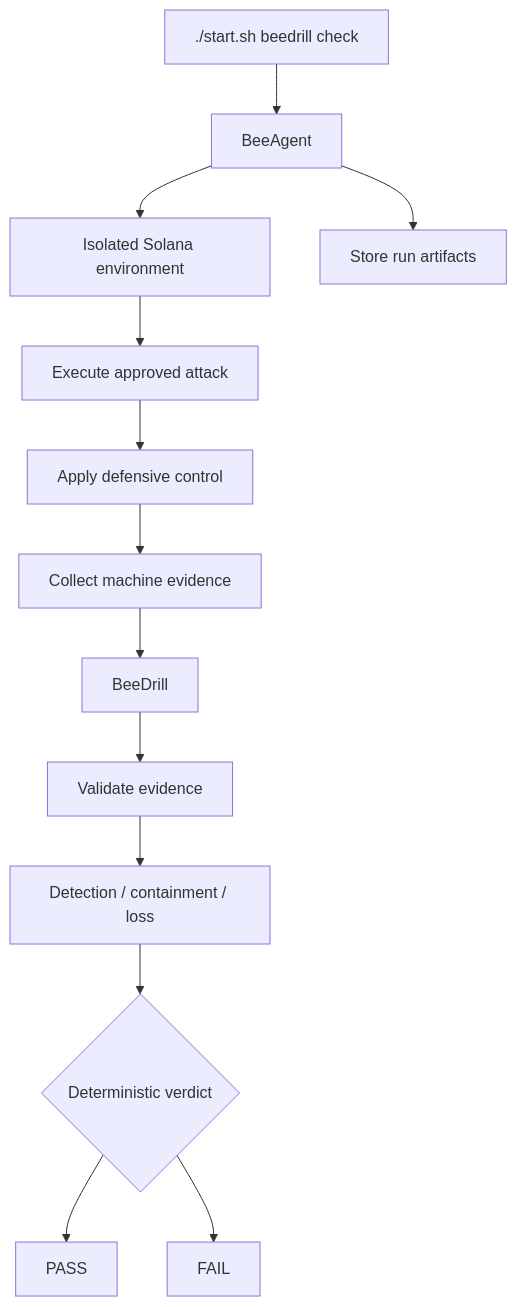
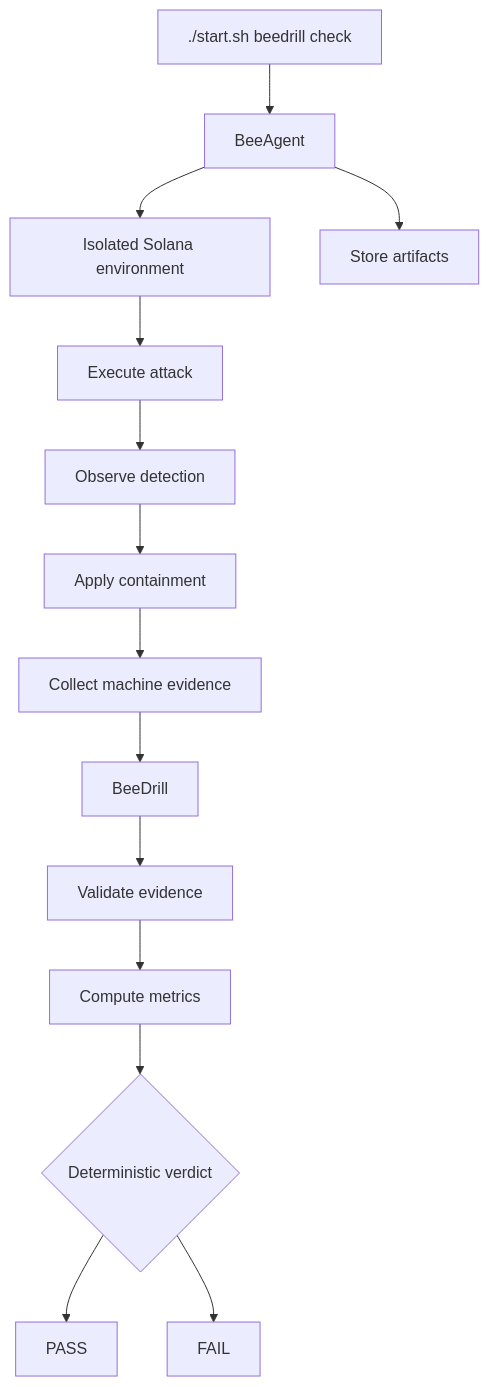
Before and after one commit to beesyst/beedrill: the diagram in README.md, drawn with Mermaid. The commit also changed other lines of this file and 12 other files, not shown here.

````diff
--- a/README.md
+++ b/README.md
@@ -138,22 +257,22 @@
 ```mermaid
 flowchart TD
     CMD["./start.sh beedrill check"]
 
     CMD --> AGENT[BeeAgent]
+    AGENT --> ENV[Isolated Solana environment]
 
-    AGENT --> ENV[Isolated Solana environment]
-    ENV --> ATTACK[Execute approved attack]
-    ATTACK --> CONTROL[Apply defensive control]
+    ENV --> ATTACK[Execute attack]
+    ATTACK --> DETECT[Observe detection]
+    DETECT --> CONTROL[Apply containment]
     CONTROL --> EVIDENCE[Collect machine evidence]
 
     EVIDENCE --> DRILL[BeeDrill]
-
     DRILL --> VALIDATE[Validate evidence]
-    VALIDATE --> METRICS[Detection / containment / loss]
+    VALIDATE --> METRICS[Compute metrics]
     METRICS --> VERDICT{Deterministic verdict}
 
     VERDICT --> PASS[PASS]
     VERDICT --> FAIL[FAIL]
 
-    AGENT --> ARTIFACTS[Store run artifacts]
+    AGENT --> ARTIFACTS[Store artifacts]
 ```
````
